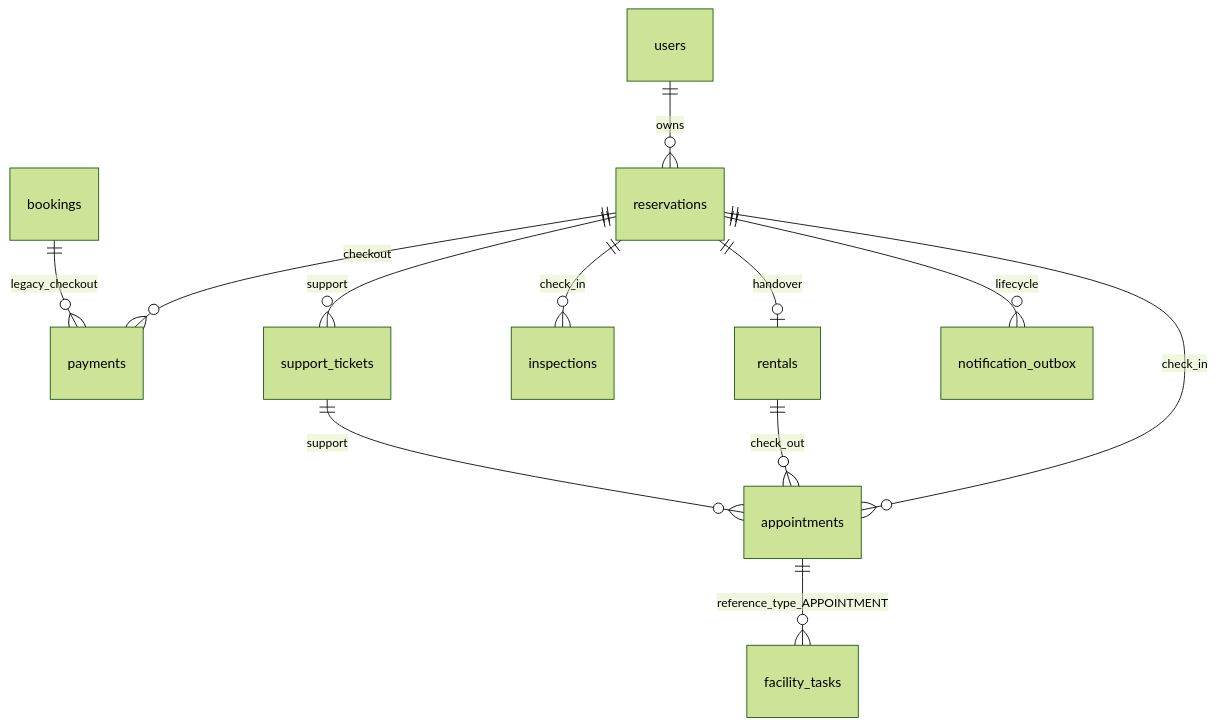
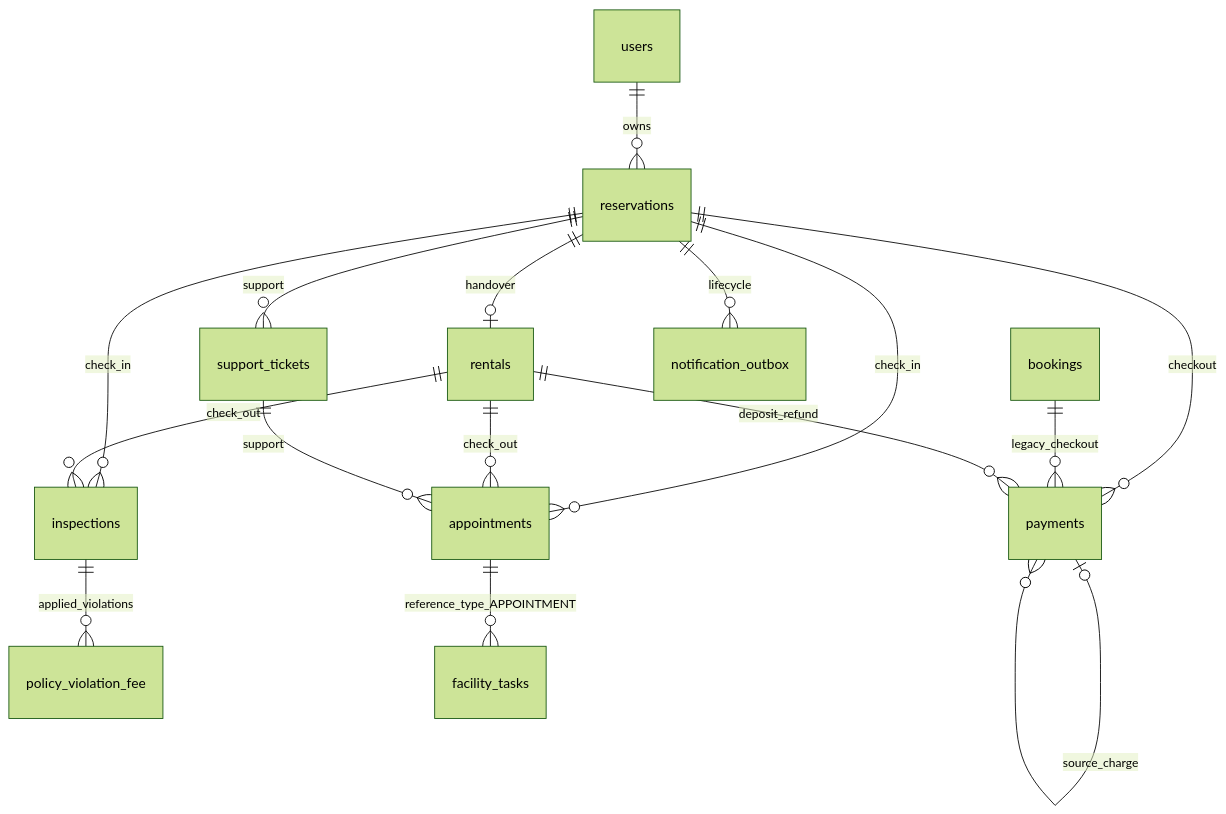
The first of 4 diagrams in docs/db-diagram.md (vlnguyen910/meta-storage), drawn with Mermaid (forest theme) before and after one commit. The commit also changed other lines of this file and 34 other files, not shown here.

````diff
--- a/docs/db-diagram.md
+++ b/docs/db-diagram.md
@@ -22,14 +23,18 @@
 ```mermaid
 erDiagram
   users ||--o{ reservations : owns
   reservations ||--o{ payments : checkout
   bookings ||--o{ payments : legacy_checkout
   reservations ||--o{ appointments : check_in
   reservations ||--o| rentals : handover
   reservations ||--o{ inspections : check_in
   reservations ||--o{ support_tickets : support
   reservations ||--o{ notification_outbox : lifecycle
   rentals ||--o{ appointments : check_out
+  rentals ||--o{ payments : deposit_refund
+  payments o|--o{ payments : source_charge
+  inspections ||--o{ policy_violation_fee : applied_violations
+  rentals ||--o{ inspections : check_out
   support_tickets ||--o{ appointments : support
   appointments ||--o{ facility_tasks : reference_type_APPOINTMENT
 ```
````
